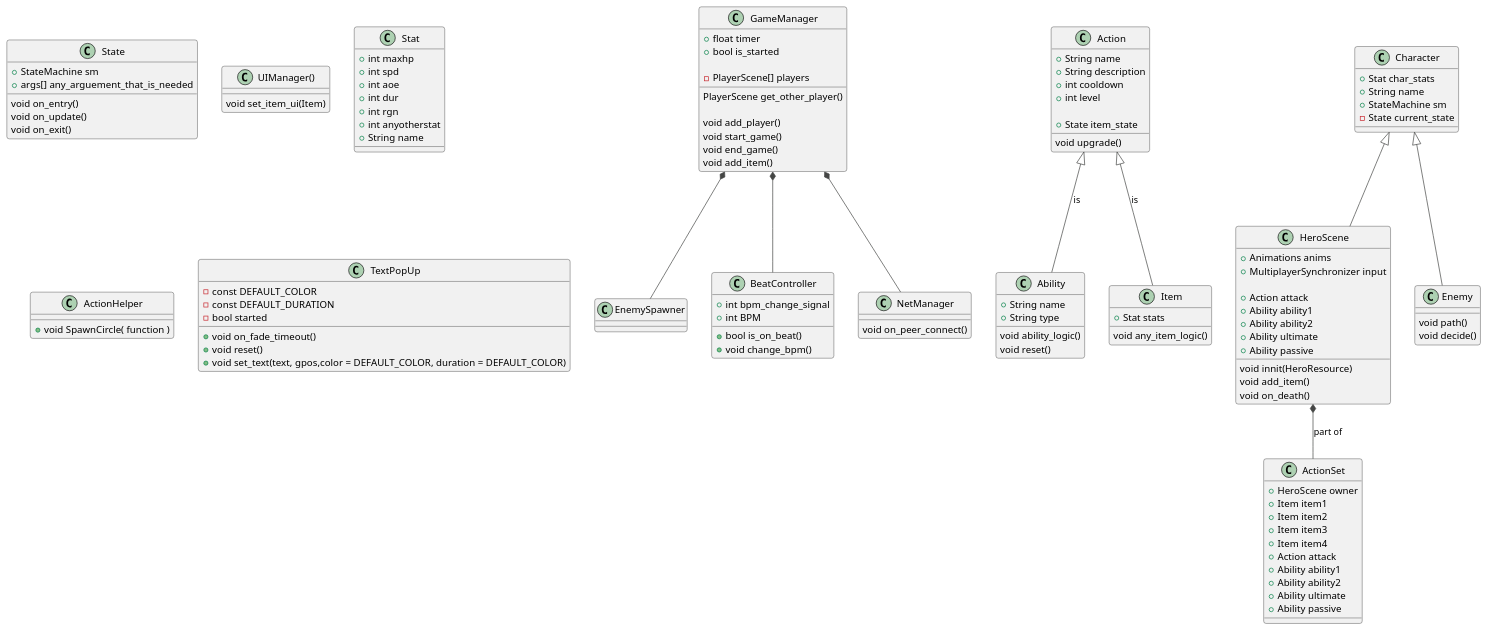
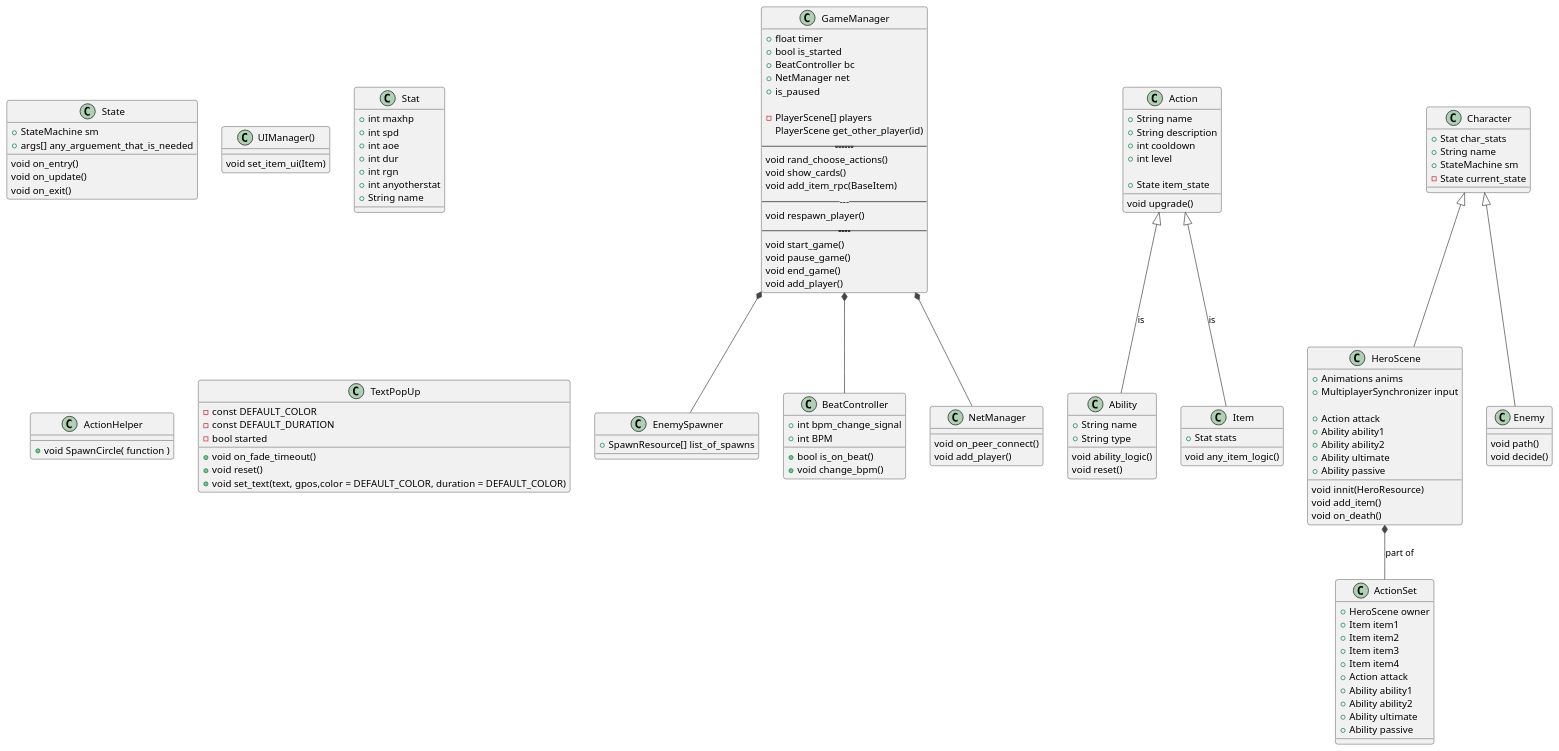
Before and after one commit to lokasc/rsPrototype: the diagram in system.wsd, drawn with PlantUML. The commit also changed 32 other files, not shown here.

```diff
--- a/system.wsd
+++ b/system.wsd
@@ -1,149 +1,159 @@
 @startuml
 !theme vibrant
 
 class GameManager{
     + float timer
     + bool is_started
-    
+    + BeatController bc
+    + NetManager net
+    + is_paused
+
     - PlayerScene[] players
-
-
-    PlayerScene get_other_player()
-    
+    PlayerScene get_other_player(id)
+    ----------------------------------
+    void rand_choose_actions()
+    void show_cards()
+    void add_item_rpc(BaseItem)
+    -------
+    void respawn_player()
+    ------------------------
+    void start_game()
+    void pause_game()
+    void end_game()
     void add_player()
-    void start_game()
-    void end_game()
-    void add_item()
 }
 
 
 class EnemySpawner{
+  + SpawnResource[] list_of_spawns
 }
 
 class BeatController{
     + int bpm_change_signal
     + int BPM
     + bool is_on_beat()
     + void change_bpm()
 }   
 
 class NetManager{
     void on_peer_connect()
+    void add_player()
+
 }
 
 class Ability {
     +String name
     +String type
  
     void ability_logic()
     void reset()
 }
 
 class Action{
     +String name
     +String description
     +int cooldown
     +int level
    
     +State item_state
    
     void upgrade()
 }
 
 class State{
     +StateMachine sm
     +args[] any_arguement_that_is_needed
     void on_entry()
     void on_update()
     void on_exit()
 }
 
 
 class ActionSet{
   +HeroScene owner
   + Item item1
   + Item item2
   + Item item3
   + Item item4
   + Action attack
   + Ability ability1
   + Ability ability2
   + Ability ultimate
   + Ability passive
 }
 
 class HeroScene{
   +Animations anims
   +MultiplayerSynchronizer input
   
   + Action attack
   + Ability ability1
   + Ability ability2
   + Ability ultimate
   + Ability passive
 
   void innit(HeroResource)
   void add_item()
   void on_death()
 }
 
 class Character{
   +Stat char_stats
   +String name
   +StateMachine sm
   -State current_state
 }
 class UIManager(){
   void set_item_ui(Item)
 }
 
 
 class Item {
     +Stat stats
    
    
     void any_item_logic()
 }
 
 class Stat{
     +int maxhp
     +int spd
     +int aoe
     +int dur
     +int rgn
     +int anyotherstat
     +String name
 }
 
 
 class Enemy{
   void path()
   void decide()
 }
 
 
 class ActionHelper{
     +void SpawnCircle( function )
 }
 
 'This class spawns a pop_up text of whatever you want
 class TextPopUp{
     -const DEFAULT_COLOR
     -const DEFAULT_DURATION 
     -bool started
 
     +void on_fade_timeout()
     +void reset()
     +void set_text(text, gpos,color = DEFAULT_COLOR, duration = DEFAULT_COLOR)
 }
 
 Character <|-- Enemy
 Character <|-- HeroScene
 Action <|-- Item : is
 Action <|-- Ability : is
 HeroScene *-- ActionSet : part of
 GameManager *-- BeatController
 GameManager *-- NetManager 
 GameManager *-- EnemySpawner
 
 @enduml
```
